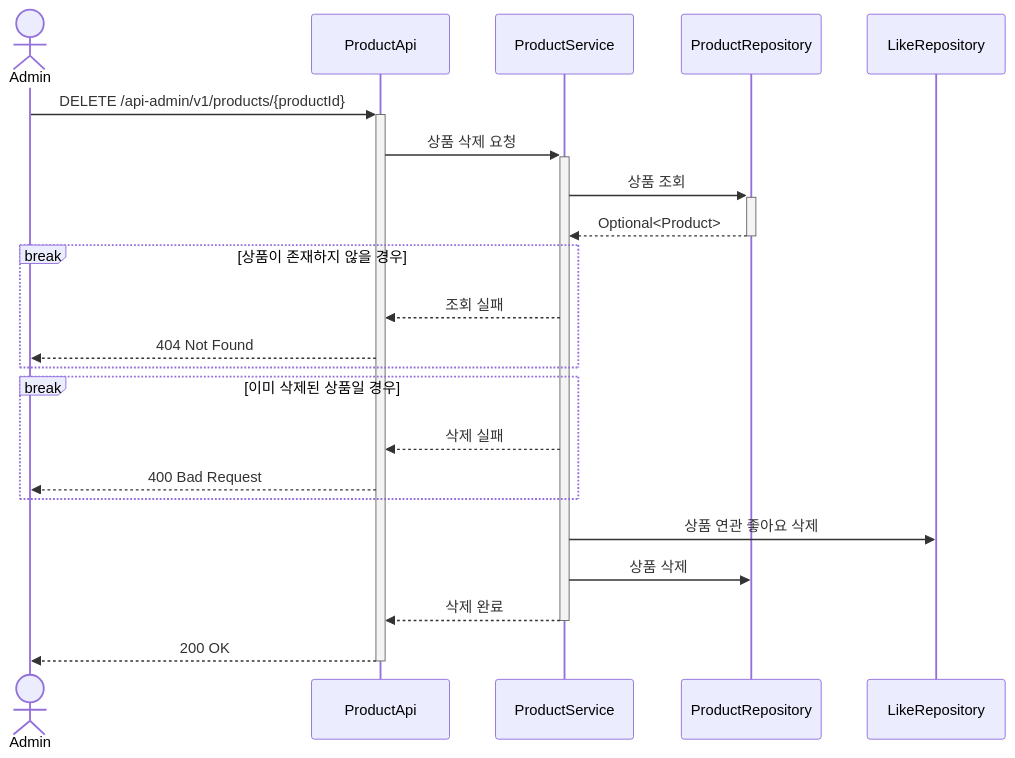
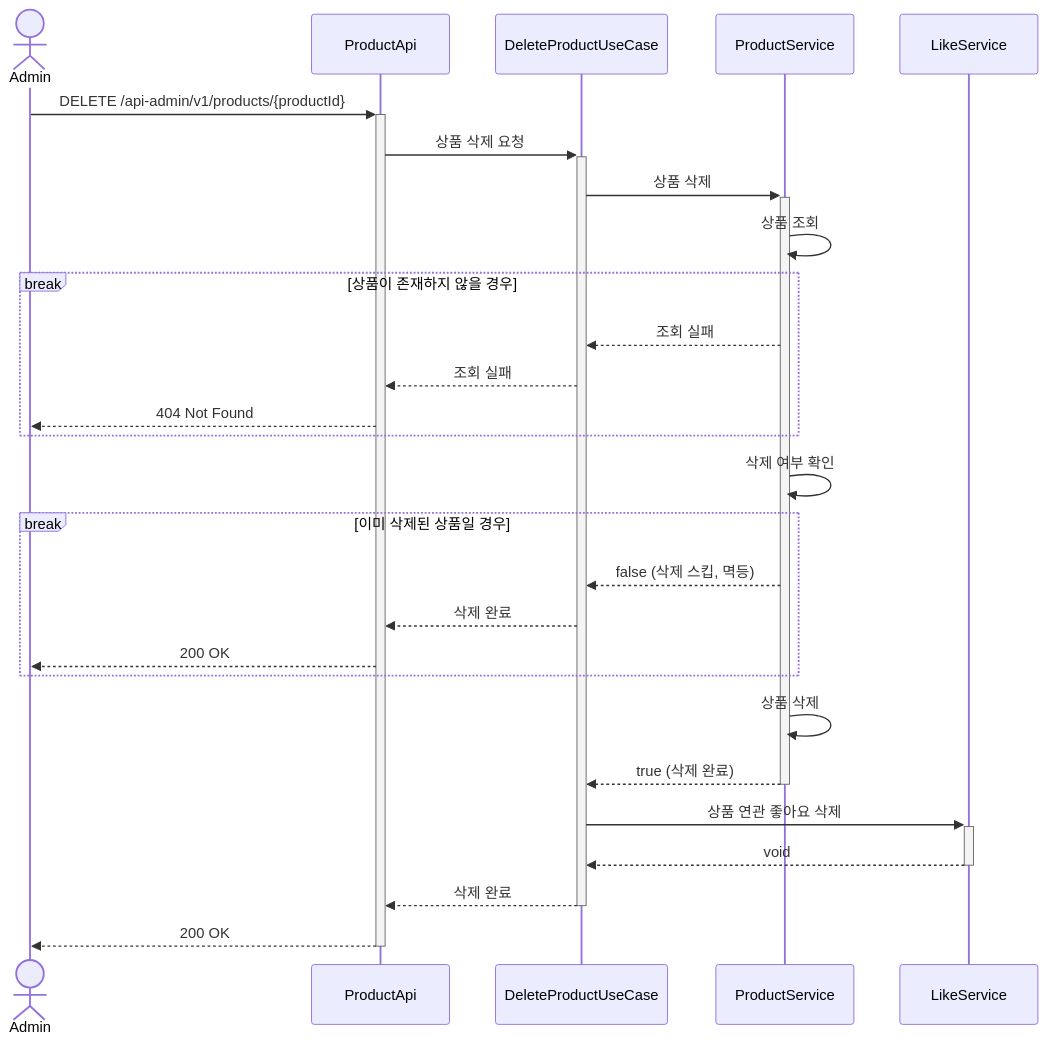
Diagram 13 of 23 in .docs/design/02-sequence-diagrams.md (Loopers-dev-lab/loop-pack-be-l2-vol3-java), drawn with Mermaid before and after one commit. The commit also changed other lines of this file and 143 other files, not shown here.

````diff
--- a/.docs/design/02-sequence-diagrams.md
+++ b/.docs/design/02-sequence-diagrams.md
@@ -437,29 +457,36 @@
 ```mermaid
 sequenceDiagram
     actor Admin
     participant ProductApi
+    participant DeleteProductUseCase
     participant ProductService
-    participant ProductRepository
-    participant LikeRepository
+    participant LikeService
 
     Admin ->>+ ProductApi: DELETE /api-admin/v1/products/{productId}
-    ProductApi ->>+ ProductService: 상품 삭제 요청
+    ProductApi ->>+ DeleteProductUseCase: 상품 삭제 요청
 
-    ProductService ->>+ ProductRepository: 상품 조회
-    ProductRepository -->>- ProductService: Optional<Product>
+    DeleteProductUseCase ->>+ ProductService: 상품 삭제
+    ProductService ->> ProductService: 상품 조회
 
     break 상품이 존재하지 않을 경우
-        ProductService -->> ProductApi: 조회 실패
+        ProductService -->> DeleteProductUseCase: 조회 실패
+        DeleteProductUseCase -->> ProductApi: 조회 실패
         ProductApi -->> Admin: 404 Not Found
     end
 
+    ProductService ->> ProductService: 삭제 여부 확인
+
     break 이미 삭제된 상품일 경우
-        ProductService -->> ProductApi: 삭제 실패
-        ProductApi -->> Admin: 400 Bad Request
+        ProductService -->> DeleteProductUseCase: false (삭제 스킵, 멱등)
+        DeleteProductUseCase -->> ProductApi: 삭제 완료
+        ProductApi -->> Admin: 200 OK
     end
 
-    ProductService ->> LikeRepository: 상품 연관 좋아요 삭제
-    ProductService ->> ProductRepository: 상품 삭제
-    ProductService -->>- ProductApi: 삭제 완료
+    ProductService ->> ProductService: 상품 삭제
+    ProductService -->>- DeleteProductUseCase: true (삭제 완료)
+
+    DeleteProductUseCase ->>+ LikeService: 상품 연관 좋아요 삭제
+    LikeService -->>- DeleteProductUseCase: void
+    DeleteProductUseCase -->>- ProductApi: 삭제 완료
     ProductApi -->>- Admin: 200 OK
 ```
````
